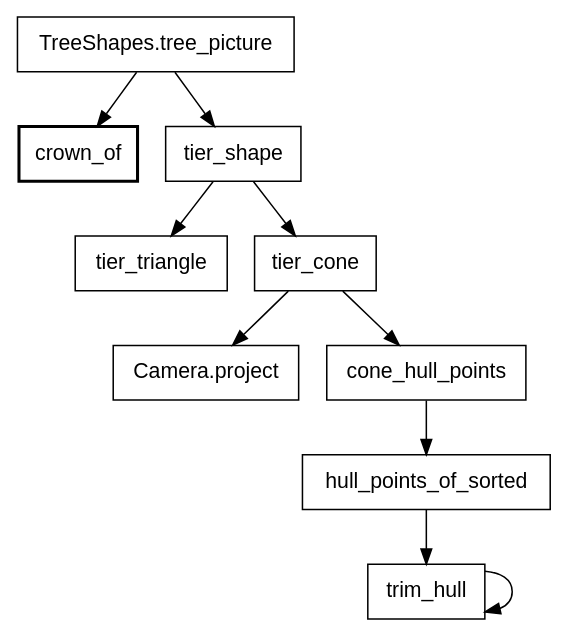
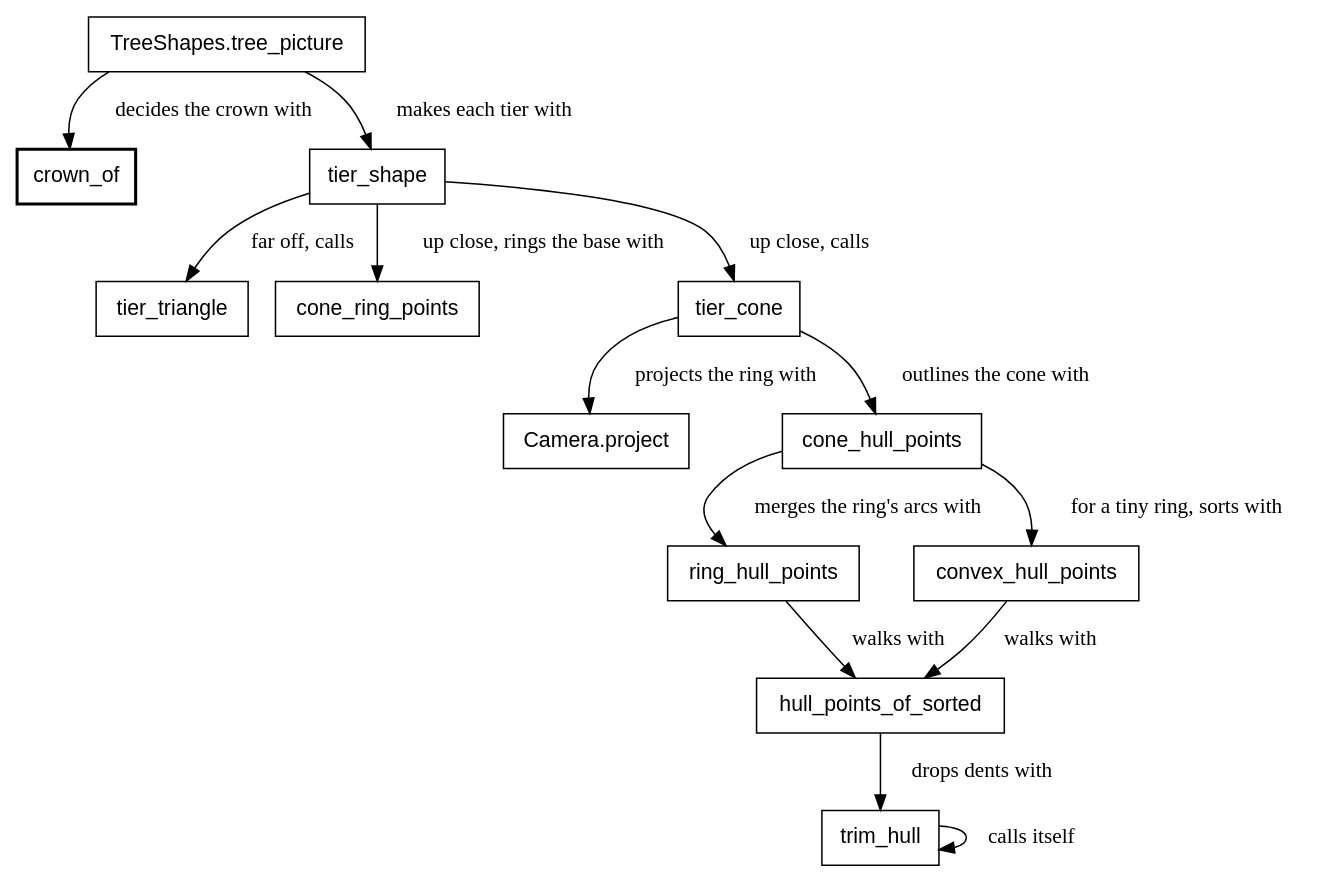
Before and after one commit to showell/roc-apps: the eighth of 30 diagrams in canvas_apps/safari/tutorial/tutorial.md, drawn with Graphviz. The commit also changed other lines of this file, not shown here.

````diff
--- a/canvas_apps/safari/tutorial/tutorial.md
+++ b/canvas_apps/safari/tutorial/tutorial.md
@@ -640,15 +641,19 @@
 ```dot
 digraph cone {
   node [shape=box, fontname="Helvetica"];
-  "TreeShapes.tree_picture" -> "crown_of";
-  "TreeShapes.tree_picture" -> "tier_shape";
-  "tier_shape" -> "tier_triangle";
-  "tier_shape" -> "tier_cone";
-  "tier_cone" -> "Camera.project";
-  "tier_cone" -> "cone_hull_points";
-  "cone_hull_points" -> "hull_points_of_sorted";
-  "hull_points_of_sorted" -> "trim_hull";
-  "trim_hull" -> "trim_hull";
+  "TreeShapes.tree_picture" -> "crown_of" [label="  decides the crown with"];
+  "TreeShapes.tree_picture" -> "tier_shape" [label="  makes each tier with"];
+  "tier_shape" -> "tier_triangle" [label="  far off, calls"];
+  "tier_shape" -> "cone_ring_points" [label="  up close, rings the base with"];
+  "tier_shape" -> "tier_cone" [label="  up close, calls"];
+  "tier_cone" -> "Camera.project" [label="  projects the ring with"];
+  "tier_cone" -> "cone_hull_points" [label="  outlines the cone with"];
+  "cone_hull_points" -> "ring_hull_points" [label="  merges the ring's arcs with"];
+  "cone_hull_points" -> "convex_hull_points" [label="  for a tiny ring, sorts with"];
+  "ring_hull_points" -> "hull_points_of_sorted" [label="  walks with"];
+  "convex_hull_points" -> "hull_points_of_sorted" [label="  walks with"];
+  "hull_points_of_sorted" -> "trim_hull" [label="  drops dents with"];
+  "trim_hull" -> "trim_hull" [label="  calls itself"];
   "crown_of" [style=bold];
 }
 ```
````
